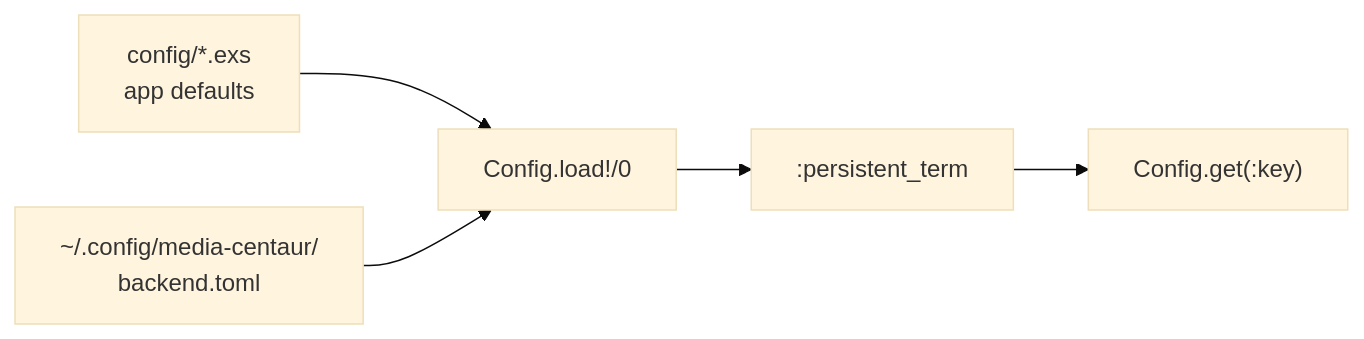
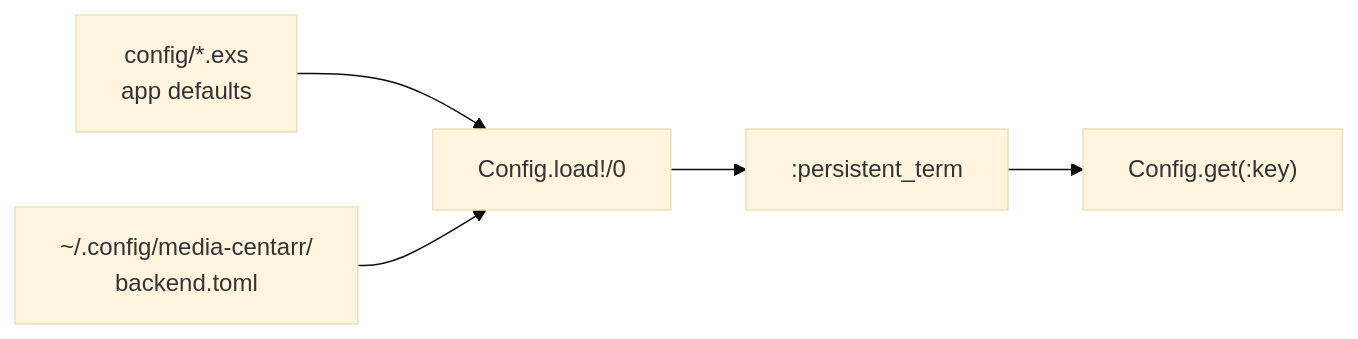
The diagram in docs/configuration.md (media-centaur/media-centaur), drawn with Mermaid (base theme) before and after one commit. The commit also changed other lines of this file and 562 other files, not shown here.

Commit message:
chore: rename project to media-centarr

````diff
--- a/docs/configuration.md
+++ b/docs/configuration.md
@@ -26,7 +26,7 @@
 ```mermaid
 flowchart LR
     A["config/*.exs<br/>app defaults"] --> C[Config.load!/0]
-    B["~/.config/media-centaur/<br/>backend.toml"] --> C
+    B["~/.config/media-centarr/<br/>backend.toml"] --> C
     C --> D[":persistent_term"]
     D --> E["Config.get(:key)"]
 ```
````
